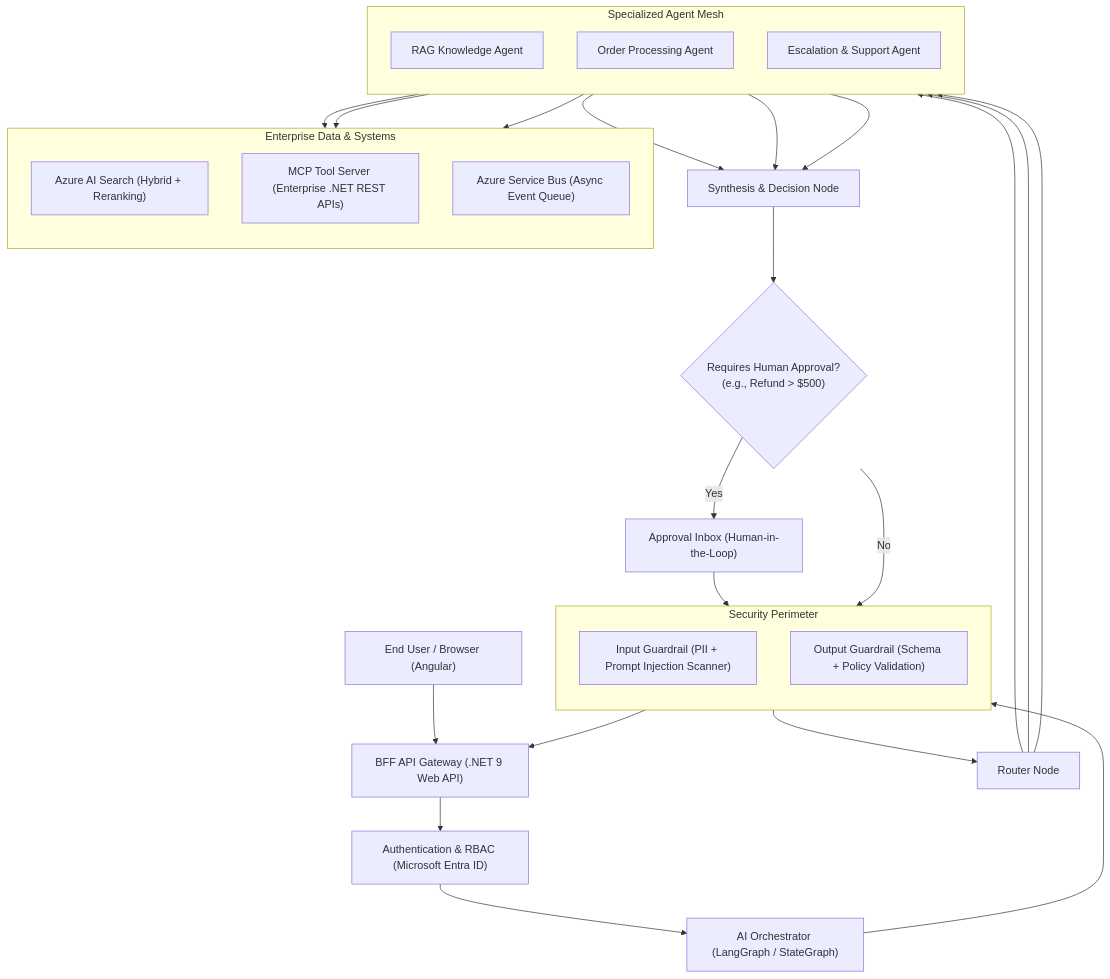
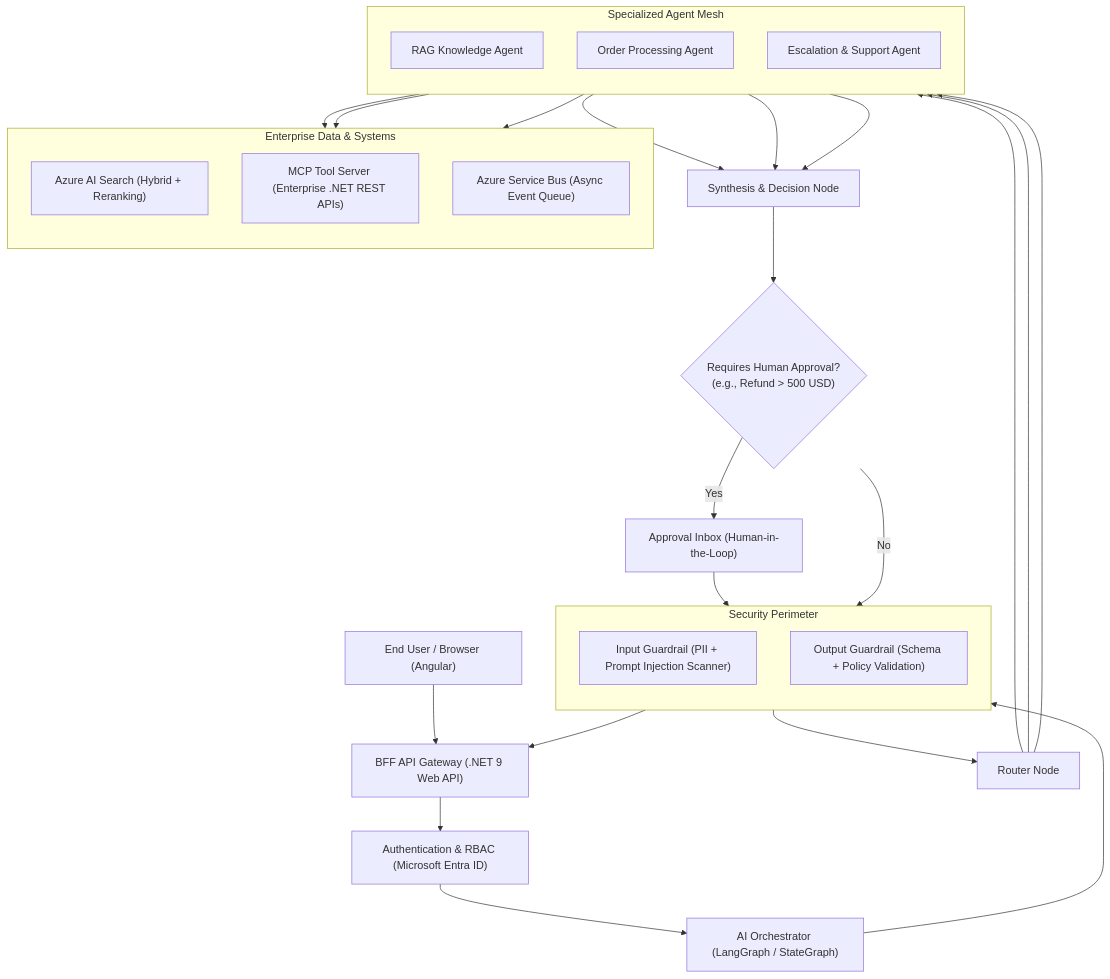
One commit to dip4k/senior-engineer-to-ai-engineer-roadmap changed the diagram in ai-engineering-glossary-by-practice.md. Above: the diagram before and after it, drawn with Mermaid. The commit also changed other lines of this file and 19 other files, not shown here.

````diff
--- a/ai-engineering-glossary-by-practice.md
+++ b/ai-engineering-glossary-by-practice.md
@@ -445,48 +445,48 @@
 ```mermaid
 flowchart TD
     User["End User / Browser (Angular)"] --> API["BFF API Gateway (.NET 9 Web API)"]
     API --> Auth["Authentication & RBAC (Microsoft Entra ID)"]
     Auth --> Orchestrator["AI Orchestrator (LangGraph / StateGraph)"]
     
     subgraph Guardrails["Security Perimeter"]
         direction TB
         InputGuard["Input Guardrail (PII + Prompt Injection Scanner)"]
         OutputGuard["Output Guardrail (Schema + Policy Validation)"]
     end
     
     Orchestrator --> InputGuard
     InputGuard --> Router["Router Node"]
     
     subgraph AgentMesh["Specialized Agent Mesh"]
         direction TB
         RAGAgent["RAG Knowledge Agent"]
         OrderAgent["Order Processing Agent"]
         EscalationAgent["Escalation & Support Agent"]
     end
     
     Router --> RAGAgent
     Router --> OrderAgent
     Router --> EscalationAgent
     
     subgraph EnterpriseBackbone["Enterprise Data & Systems"]
         direction TB
         AzureSearch["Azure AI Search (Hybrid + Reranking)"]
         MCPServer["MCP Tool Server (Enterprise .NET REST APIs)"]
         ServiceBus["Azure Service Bus (Async Event Queue)"]
     end
     
     RAGAgent --> AzureSearch
     OrderAgent --> MCPServer
     EscalationAgent --> ServiceBus
     
     RAGAgent --> SynthesisNode["Synthesis & Decision Node"]
     OrderAgent --> SynthesisNode
     EscalationAgent --> SynthesisNode
     
-    SynthesisNode --> HITL{"Requires Human Approval?<br/>(e.g., Refund > $500)"}
+    SynthesisNode --> HITL{"Requires Human Approval?<br/>(e.g., Refund > 500 USD)"}
     HITL -- Yes --> ApprovalQueue["Approval Inbox (Human-in-the-Loop)"]
     ApprovalQueue --> OutputGuard
     HITL -- No --> OutputGuard
     
     OutputGuard --> API
 ```
````
